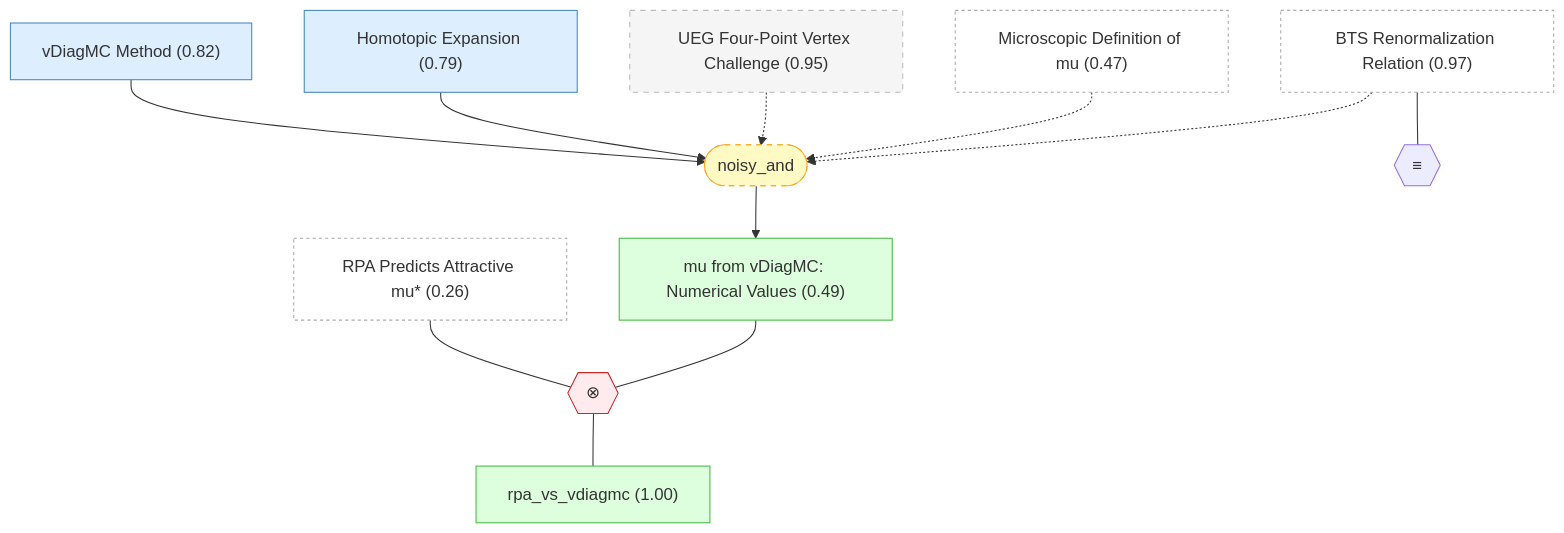
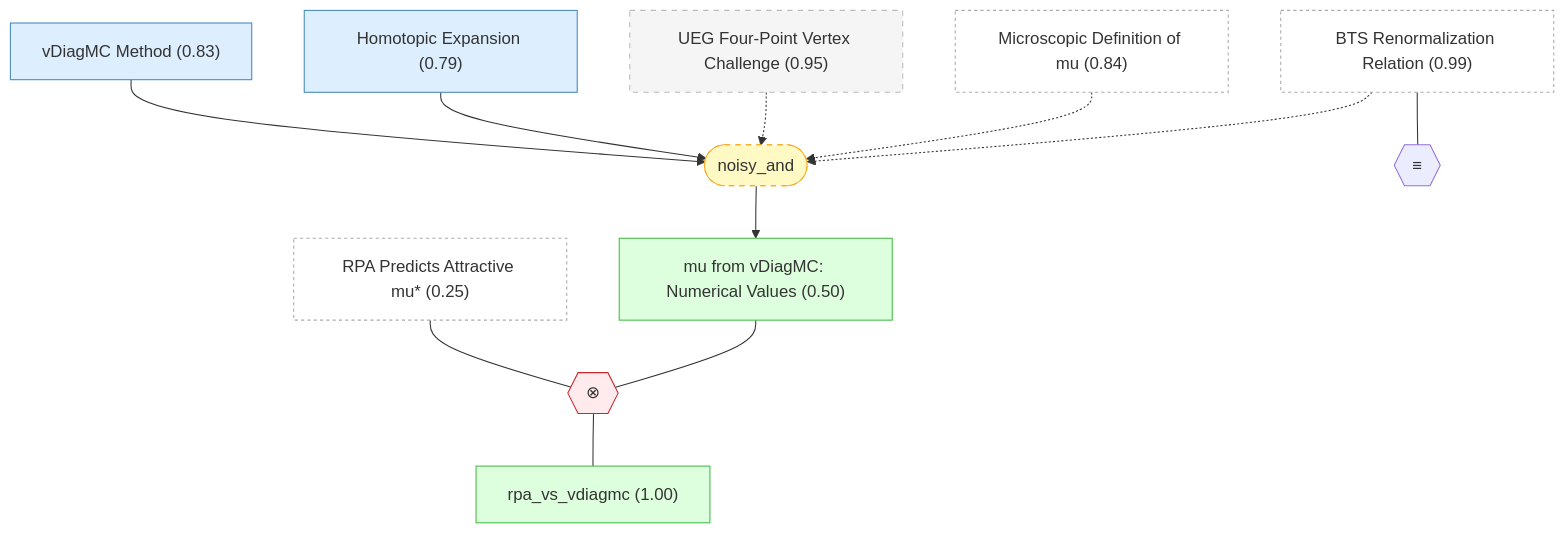
The fourth of 6 diagrams in README.md (kunyuan/SuperconductivityElectronLiquids.gaia), drawn with Mermaid before and after one commit. The commit also changed other lines of this file and 1 other file, not shown here.

````diff
--- a/README.md
+++ b/README.md
@@ -508,34 +508,34 @@
 ```mermaid
 graph TD
-    bts_renormalization["BTS Renormalization Relation (0.97)"]:::external
-    rpa_predicts_attractive_mu["RPA Predicts Attractive mu#ast; (0.26)"]:::external
-    mu_microscopic_definition["Microscopic Definition of mu (0.47)"]:::external
+    bts_renormalization["BTS Renormalization Relation (0.99)"]:::external
+    rpa_predicts_attractive_mu["RPA Predicts Attractive mu#ast; (0.25)"]:::external
+    mu_microscopic_definition["Microscopic Definition of mu (0.84)"]:::external
     ueg_vertex_challenge["UEG Four-Point Vertex Challenge (0.95)"]:::background
-    vdiagmc_method["vDiagMC Method (0.82)"]:::premise
+    vdiagmc_method["vDiagMC Method (0.83)"]:::premise
     homotopic_expansion["Homotopic Expansion (0.79)"]:::premise
-    mu_vdiagmc_values["mu from vDiagMC: Numerical Values (0.49)"]:::derived
+    mu_vdiagmc_values["mu from vDiagMC: Numerical Values (0.50)"]:::derived
     rpa_vs_vdiagmc["rpa_vs_vdiagmc (1.00)"]:::derived
     strat_11(["noisy_and"]):::weak
     vdiagmc_method --> strat_11
     homotopic_expansion --> strat_11
     ueg_vertex_challenge -.-> strat_11
     mu_microscopic_definition -.-> strat_11
     bts_renormalization -.-> strat_11
     strat_11 --> mu_vdiagmc_values
     oper_0{{"≡"}}
     bts_renormalization --- oper_0
     oper_1{{"⊗"}}:::contra
     rpa_predicts_attractive_mu --- oper_1
     mu_vdiagmc_values --- oper_1
     oper_1 --- rpa_vs_vdiagmc
 
     classDef setting fill:#f0f0f0,stroke:#999,color:#333
     classDef premise fill:#ddeeff,stroke:#4488bb,color:#333
     classDef derived fill:#ddffdd,stroke:#44bb44,color:#333
     classDef question fill:#fff3dd,stroke:#cc9944,color:#333
     classDef background fill:#f5f5f5,stroke:#bbb,stroke-dasharray: 5 5,color:#333
     classDef orphan fill:#fff,stroke:#ccc,stroke-dasharray: 5 5,color:#333
     classDef external fill:#fff,stroke:#aaa,stroke-dasharray: 3 3,color:#333
     classDef weak fill:#fff9c4,stroke:#f9a825,stroke-dasharray: 5 5,color:#333
     classDef contra fill:#ffebee,stroke:#c62828,color:#333
 ```
````
